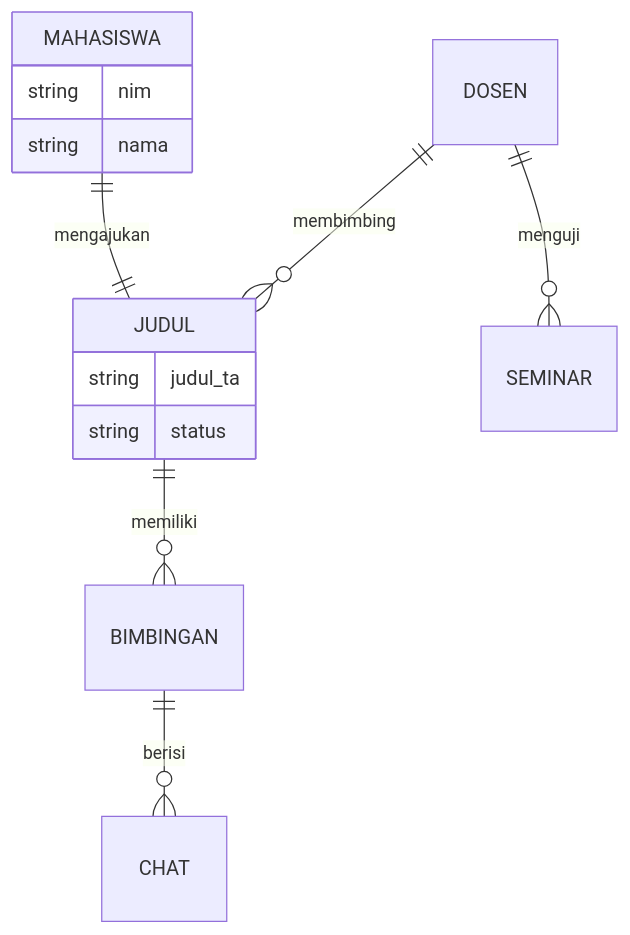
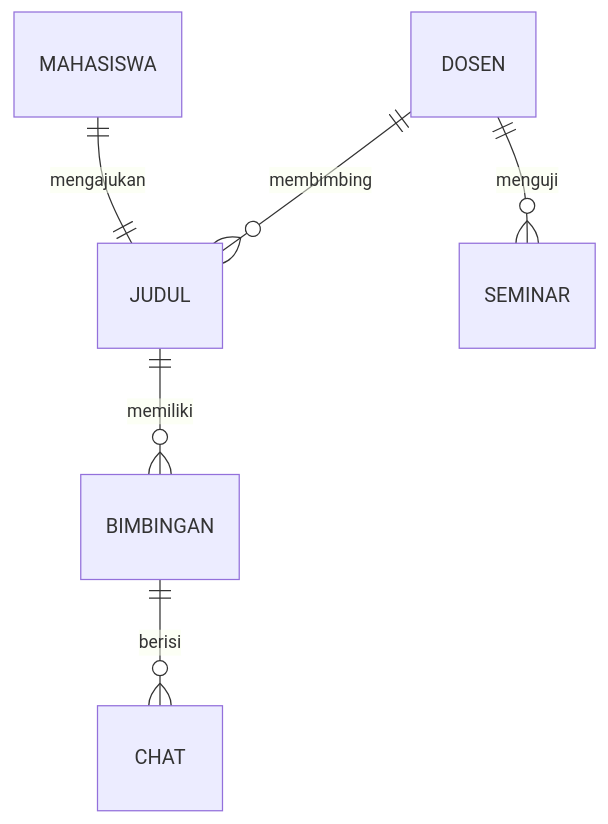
Before and after one commit to aidilsaputrakirsan/mustari-pnup: the diagram in laporan_tesis/LAPORAN_LENGKAP_TESIS.md, drawn with Mermaid. The commit also changed other lines of this file and 59 other files, not shown here.

````diff
--- a/laporan_tesis/LAPORAN_LENGKAP_TESIS.md
+++ b/laporan_tesis/LAPORAN_LENGKAP_TESIS.md
@@ -50,17 +39,8 @@
 ```mermaid
 erDiagram
     MAHASISWA ||--|| JUDUL : mengajukan
     DOSEN ||--o{ JUDUL : membimbing
     JUDUL ||--o{ BIMBINGAN : memiliki
     BIMBINGAN ||--o{ CHAT : berisi
     DOSEN ||--o{ SEMINAR : menguji
-    
-    MAHASISWA {
-        string nim
-        string nama
-    }
-    JUDUL {
-        string judul_ta
-        string status
-    }
 ```
````
